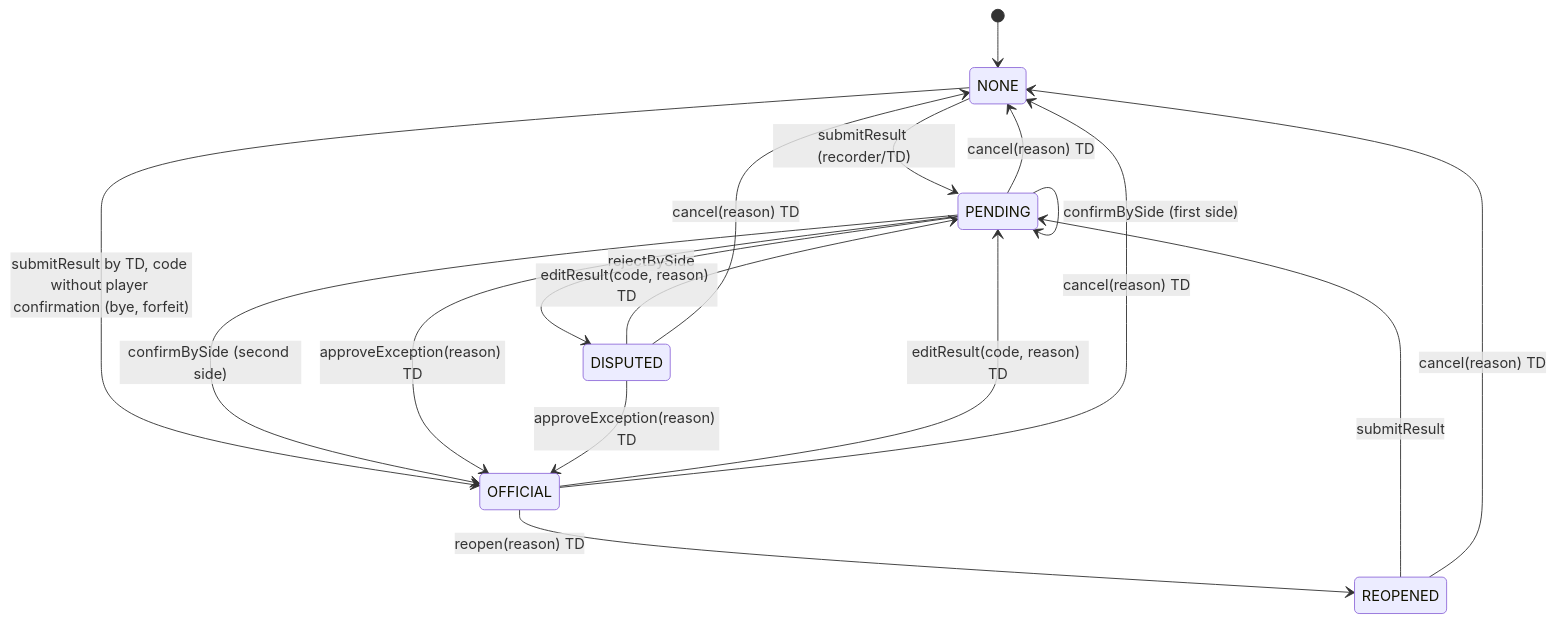
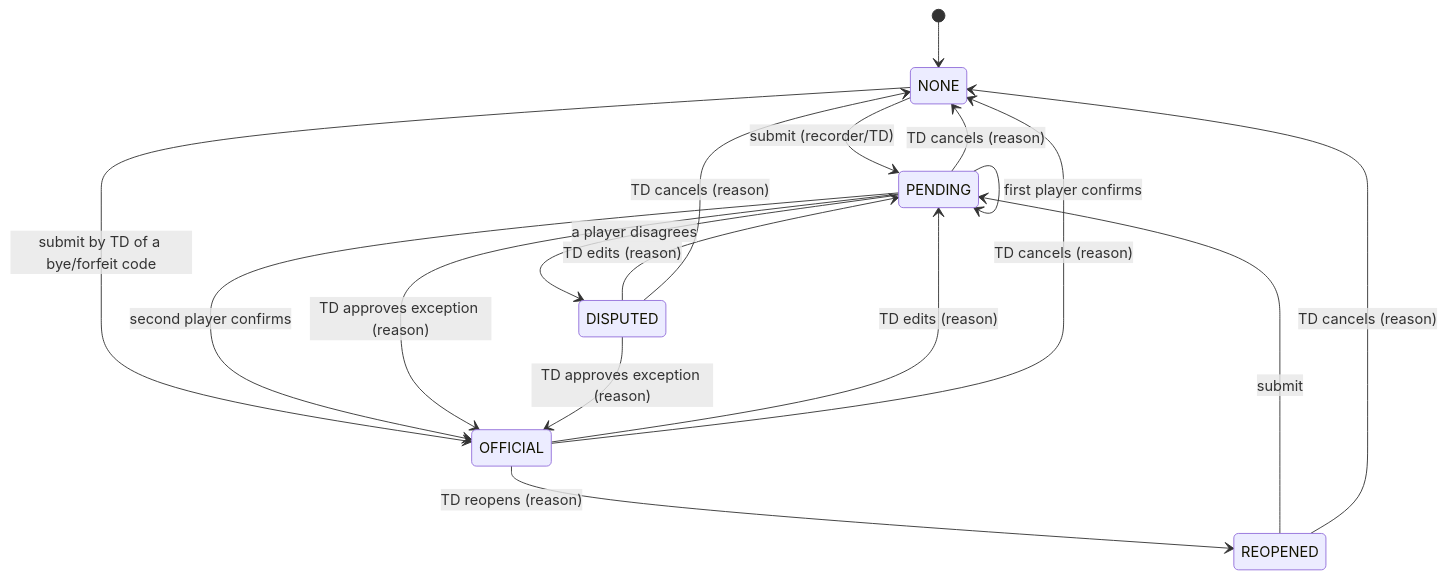
One commit to HarryLearnCoding-86/USCC---website changed the second of 2 diagrams in README.md. Above: the diagram before and after it, drawn with Mermaid. The commit also changed other lines of this file, not shown here.

````diff
--- a/README.md
+++ b/README.md
@@ -82,19 +477,19 @@
 ```mermaid
 stateDiagram-v2
   [*] --> NONE
-  NONE --> PENDING: submitResult (recorder/TD)
-  REOPENED --> PENDING: submitResult
-  NONE --> OFFICIAL: submitResult by TD, code without player confirmation (bye, forfeit)
-  PENDING --> PENDING: confirmBySide (first side)
-  PENDING --> OFFICIAL: confirmBySide (second side)
-  PENDING --> DISPUTED: rejectBySide
-  PENDING --> OFFICIAL: approveException(reason) TD
-  DISPUTED --> OFFICIAL: approveException(reason) TD
-  OFFICIAL --> REOPENED: reopen(reason) TD
-  OFFICIAL --> PENDING: editResult(code, reason) TD
-  DISPUTED --> PENDING: editResult(code, reason) TD
-  PENDING --> NONE: cancel(reason) TD
-  DISPUTED --> NONE: cancel(reason) TD
-  OFFICIAL --> NONE: cancel(reason) TD
-  REOPENED --> NONE: cancel(reason) TD
+  NONE --> PENDING: submit (recorder/TD)
+  REOPENED --> PENDING: submit
+  NONE --> OFFICIAL: submit by TD of a bye/forfeit code
+  PENDING --> PENDING: first player confirms
+  PENDING --> OFFICIAL: second player confirms
+  PENDING --> DISPUTED: a player disagrees
+  PENDING --> OFFICIAL: TD approves exception (reason)
+  DISPUTED --> OFFICIAL: TD approves exception (reason)
+  OFFICIAL --> REOPENED: TD reopens (reason)
+  OFFICIAL --> PENDING: TD edits (reason)
+  DISPUTED --> PENDING: TD edits (reason)
+  PENDING --> NONE: TD cancels (reason)
+  DISPUTED --> NONE: TD cancels (reason)
+  OFFICIAL --> NONE: TD cancels (reason)
+  REOPENED --> NONE: TD cancels (reason)
 ```
````
